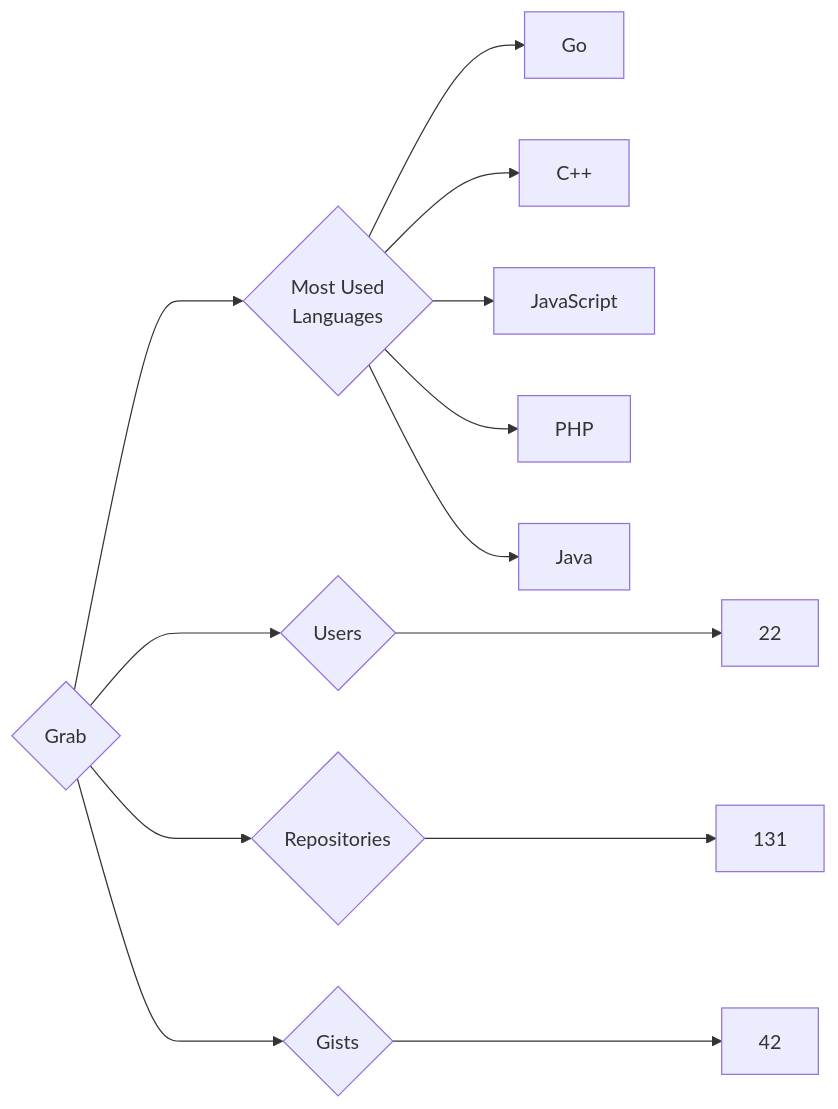
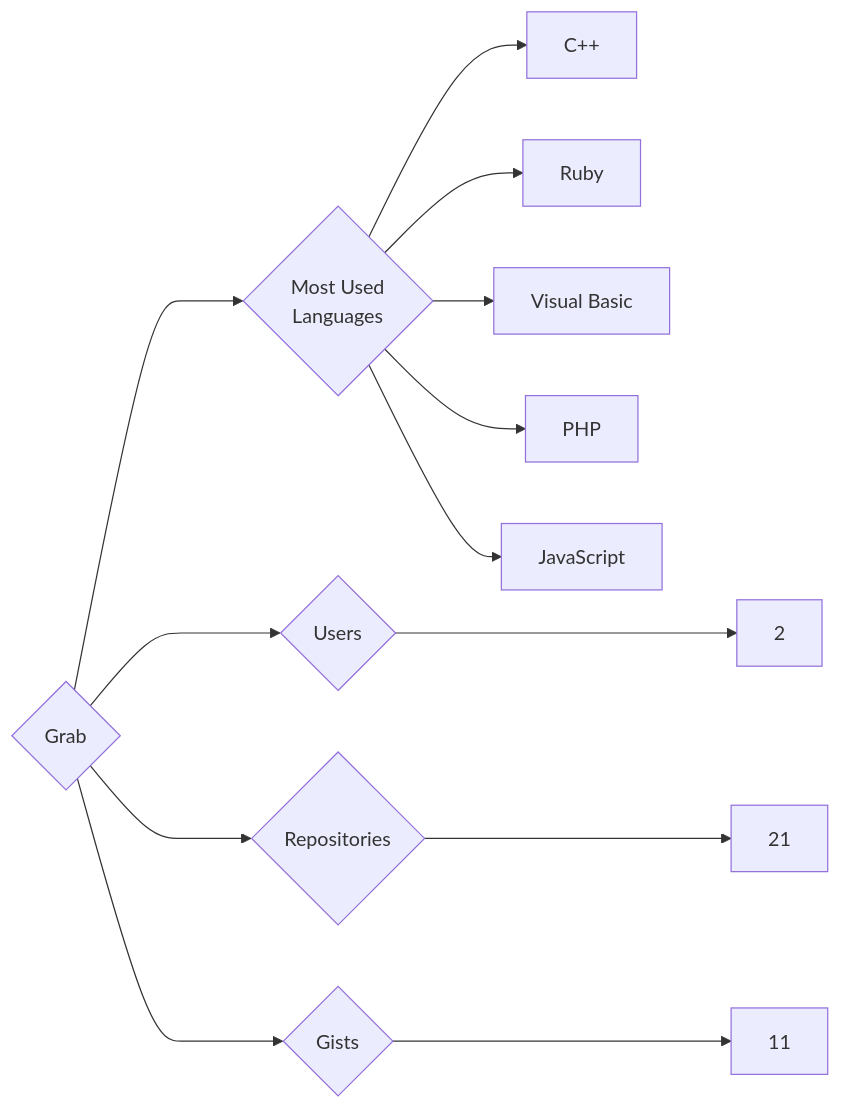
Before and after one commit to trickest/insiders: the diagram in targets/Grab/README.md, drawn with Mermaid. The commit also changed 924 other files, not shown here.

````diff
--- a/targets/Grab/README.md
+++ b/targets/Grab/README.md
@@ -3,13 +3,13 @@
 ```mermaid
 graph LR
 COMPANY_NAME{Grab}
-COMPANY_NAME ---> U{Users} ---> UN[22]
-COMPANY_NAME ---> R{Repositories} ---> RN[131]
-COMPANY_NAME ---> G{Gists} ---> GN[42]
+COMPANY_NAME ---> U{Users} ---> UN[2]
+COMPANY_NAME ---> R{Repositories} ---> RN[21]
+COMPANY_NAME ---> G{Gists} ---> GN[11]
 COMPANY_NAME ---> ML{Most Used<br>Languages}
-ML --> Go[Go]
 ML --> C++[C++]
+ML --> Ruby[Ruby]
+ML --> Visual_Basic[Visual Basic]
+ML --> PHP[PHP]
 ML --> JavaScript[JavaScript]
-ML --> PHP[PHP]
-ML --> Java[Java]
 ```
````
